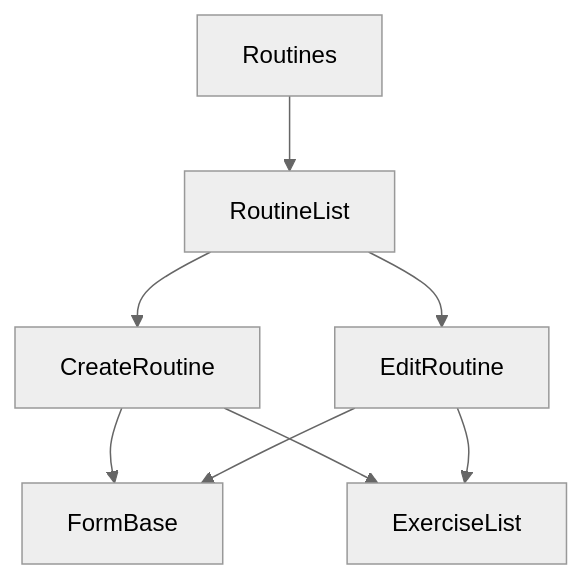
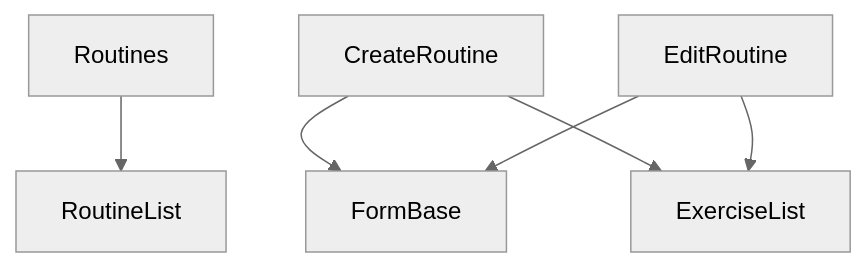
The diagram in notes.md (sqmch/wrkout_front), drawn with Mermaid (neutral theme) before and after one commit. The commit also changed 9 other files, not shown here.

````diff
--- a/notes.md
+++ b/notes.md
@@ -1,10 +1,8 @@
 ```mermaid
 graph TD;
    Routines --> RoutineList
-   RoutineList --> CreateRoutine
-   RoutineList --> EditRoutine
    CreateRoutine --> FormBase
+   CreateRoutine --> ExerciseList
    EditRoutine --> FormBase
-   CreateRoutine --> ExerciseList
    EditRoutine --> ExerciseList
 ```
````
